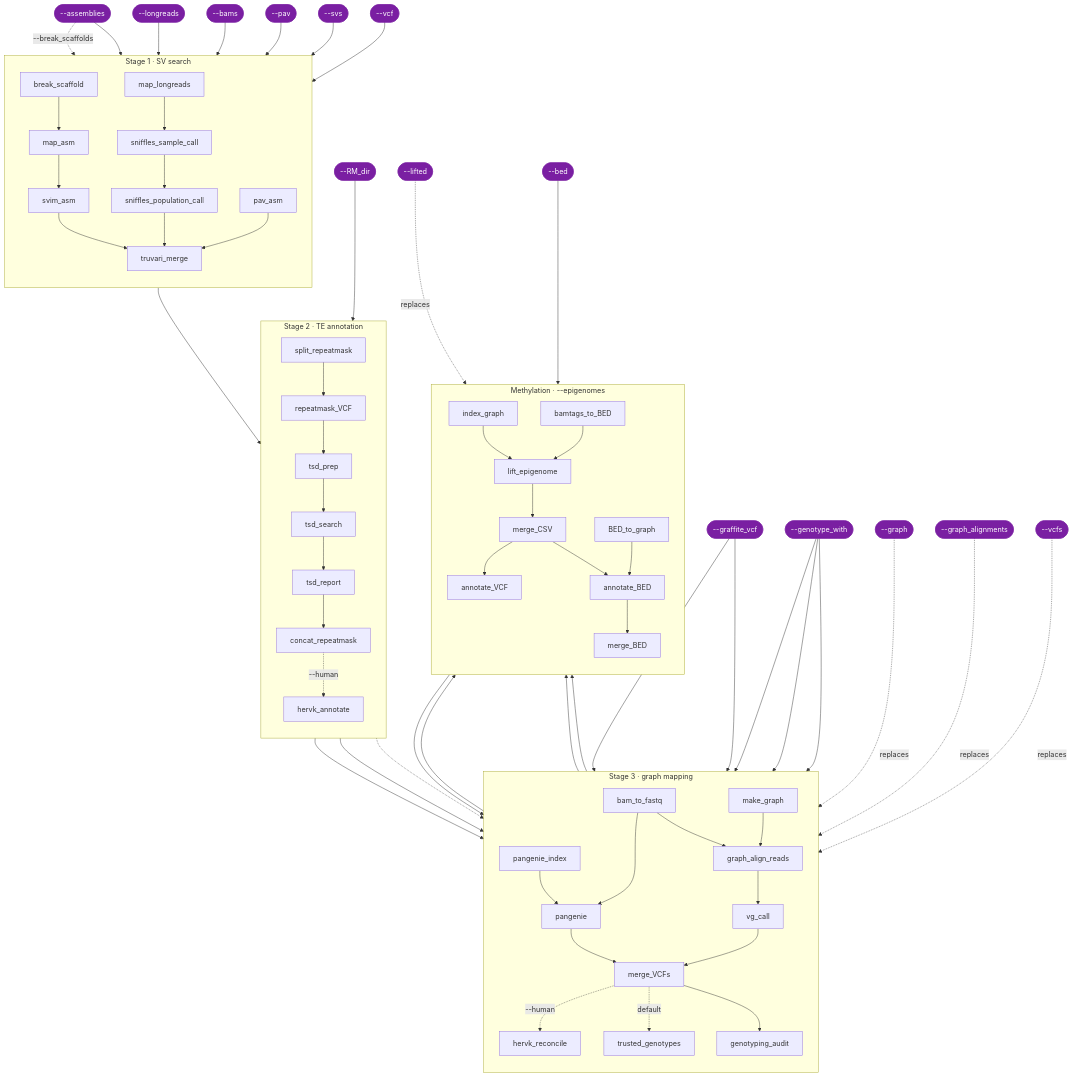
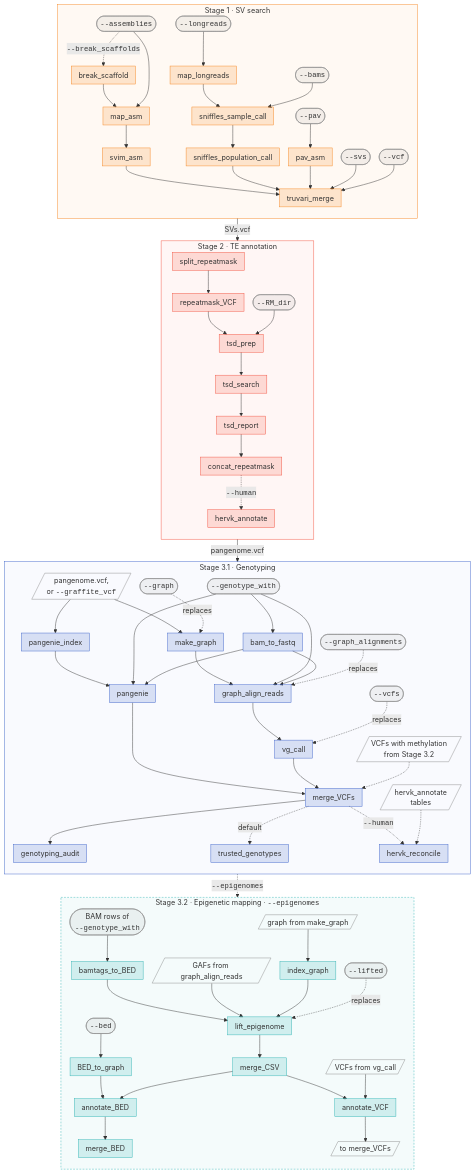
One commit to cgroza/GraffiTE changed the diagram in docs/reference/processes.md. Above: the diagram before and after it, drawn with Mermaid. The commit also changed other lines of this file and 6 other files, not shown here.

````diff
--- a/docs/reference/processes.md
+++ b/docs/reference/processes.md
@@ -26,36 +26,48 @@
 ```mermaid
-flowchart TD
+%%{init: {"flowchart": {"nodeSpacing": 20, "rankSpacing": 26, "padding": 8}}}%%
+flowchart TB
     subgraph SA["Stage 1 · SV search"]
         direction TB
-        bs["break_scaffold"] --> ma["map_asm"] --> sv["svim_asm"]
-        ml["map_longreads"] --> ssc["sniffles_sample_call"] --> spc["sniffles_population_call"]
+        asmIn(["<code>--assemblies</code>"])
+        lrIn(["<code>--longreads</code>"])
+        bamIn(["<code>--bams</code>"])
+        pavIn(["<code>--pav</code>"])
+        svsIn(["<code>--svs</code>"])
+        vcfIn(["<code>--vcf</code>"])
+        bs["break_scaffold"]
+        ma["map_asm"]
+        sv["svim_asm"]
+        ml["map_longreads"]
+        ssc["sniffles_sample_call"]
+        spc["sniffles_population_call"]
         pav["pav_asm"]
         tm["truvari_merge"]
-        sv --> tm
-        spc --> tm
-        pav --> tm
+        asmIn -.->|"<code>--break_scaffolds</code>"| bs --> ma
+        asmIn --> ma --> sv --> tm
+        lrIn --> ml --> ssc --> spc --> tm
+        bamIn --> ssc
+        pavIn --> pav --> tm
+        svsIn --> tm
+        vcfIn --> tm
     end
-
-    asmIn(["--assemblies"]) -.->|"--break_scaffolds"| bs
-    asmIn --> ma
-    lrIn(["--longreads"]) --> ml
-    bamIn(["--bams"]) --> ssc
-    pavIn(["--pav"]) --> pav
-    svsIn(["--svs"]) --> tm
-    vcfIn(["--vcf"]) --> tm
 
     subgraph SB["Stage 2 · TE annotation"]
         direction TB
-        spl["split_repeatmask"] --> rm["repeatmask_VCF"]
-        rm --> tp["tsd_prep"] --> ts["tsd_search"] --> tr["tsd_report"] --> cr["concat_repeatmask"]
-        cr -.->|"--human"| ha["hervk_annotate"]
+        rmdIn(["<code>--RM_dir</code>"])
+        spl["split_repeatmask"] --> rm["repeatmask_VCF"] --> tp["tsd_prep"] --> ts["tsd_search"] --> tr["tsd_report"] --> cr["concat_repeatmask"]
+        rmdIn --> tp
+        cr -.->|"<code>--human</code>"| ha["hervk_annotate"]
     end
 
-    tm --> spl
-    rmdIn(["--RM_dir"]) --> tp
-
-    subgraph SC["Stage 3 · graph mapping"]
+    subgraph SC["Stage 3.1 · Genotyping"]
         direction TB
+        pvIn[/"pangenome.vcf,<br/>or <code>--graffite_vcf</code>"/]
+        readsIn(["<code>--genotype_with</code>"])
+        graphIn(["<code>--graph</code>"])
+        galnIn(["<code>--graph_alignments</code>"])
+        vcfsIn(["<code>--vcfs</code>"])
+        hkIn[/"hervk_annotate<br/>tables"/]
+        epiIn[/"VCFs with methylation<br/>from Stage 3.2"/]
         b2f["bam_to_fastq"]
         pi["pangenie_index"] --> pg["pangenie"]
         mg["make_graph"] --> gar["graph_align_reads"] --> vc["vg_call"]
@@ -63,39 +75,61 @@
         vc --> mv
         mv --> ga["genotyping_audit"]
         mv -.->|"default"| tg["trusted_genotypes"]
-        mv -.->|"--human"| hr["hervk_reconcile"]
+        mv -.->|"<code>--human</code>"| hr["hervk_reconcile"]
+        pvIn --> pi
+        pvIn --> mg
+        readsIn --> b2f
+        readsIn --> pg
+        readsIn --> gar
+        b2f --> gar
+        b2f --> pg
+        graphIn -.->|"replaces"| mg
+        galnIn -.->|"replaces"| gar
+        vcfsIn -.->|"replaces"| vc
+        hkIn -.-> hr
+        epiIn -.-> mv
     end
 
-    cr --> pi
-    cr --> mg
-    ha -.-> hr
-    gvcfIn(["--graffite_vcf"]) --> pi
-    gvcfIn --> mg
-    readsIn(["--genotype_with"]) --> b2f
-    readsIn --> pg
-    readsIn --> gar
-    b2f --> gar
-    b2f --> pg
-    graphIn(["--graph"]) -.->|"replaces"| mg
-    galnIn(["--graph_alignments"]) -.->|"replaces"| gar
-    vcfsIn(["--vcfs"]) -.->|"replaces"| vc
-
-    subgraph SM["Methylation · --epigenomes"]
+    subgraph SM["Stage 3.2 · Epigenetic mapping · <code>--epigenomes</code>"]
         direction TB
+        gIn[/"graph from make_graph"/]
+        aIn[/"GAFs from graph_align_reads"/]
+        bIn(["BAM rows of<br/><code>--genotype_with</code>"])
+        vIn[/"VCFs from vg_call"/]
+        liftIn(["<code>--lifted</code>"])
+        bedIn(["<code>--bed</code>"])
         ig["index_graph"]
         b2b["bamtags_to_BED"] --> le["lift_epigenome"] --> mc["merge_CSV"] --> av["annotate_VCF"]
         b2g["BED_to_graph"] --> ab["annotate_BED"] --> mb["merge_BED"]
+        gIn --> ig
+        aIn --> le
+        bIn --> b2b
+        vIn --> av
+        ig --> le
+        mc --> ab
+        liftIn -.->|"replaces"| le
+        bedIn --> b2g
+        av --> mvOut[/"to merge_VCFs"/]
     end
 
-    mg --> ig
-    ig --> le
-    gar --> le
-    vc --> av
-    av --> mv
-    mc --> ab
-    liftIn(["--lifted"]) -.->|"replaces"| le
-    bedIn(["--bed"]) --> b2g
+    SA -->|"SVs.vcf"| SB
+    SB -->|"pangenome.vcf"| SC
+    SC -.->|"<code>--epigenomes</code>"| SM
 
-    classDef inp fill:#7a1fa2,stroke:#7a1fa2,color:#fff;
-    class asmIn,lrIn,bamIn,pavIn,svsIn,vcfIn,rmdIn,gvcfIn,readsIn,graphIn,galnIn,vcfsIn,liftIn,bedIn inp;
+    classDef inp fill:#8888881a,stroke:#888888;
+    classDef file fill:none,stroke:#888888;
+    class asmIn,lrIn,bamIn,pavIn,svsIn,vcfIn,rmdIn,readsIn,graphIn,galnIn,vcfsIn,liftIn,bedIn,bIn inp;
+    class pvIn,hkIn,epiIn,gIn,aIn,vIn,mvOut file;
+    classDef s1 fill:#f5851f2e,stroke:#f5851f;
+    classDef s2 fill:#f2523f2e,stroke:#f2523f;
+    classDef s3 fill:#3d63c92e,stroke:#3d63c9;
+    classDef s32 fill:#2fb3b32e,stroke:#2fb3b3;
+    class bs,ma,sv,ml,ssc,spc,pav,tm s1;
+    class spl,rm,tp,ts,tr,cr,ha s2;
+    class b2f,pi,pg,mg,gar,vc,mv,ga,tg,hr s3;
+    class ig,b2b,le,mc,av,b2g,ab,mb s32;
+    style SA fill:#f5851f0d,stroke:#f5851f;
+    style SB fill:#f2523f0d,stroke:#f2523f;
+    style SC fill:#3d63c908,stroke:#3d63c9;
+    style SM fill:#2fb3b30d,stroke:#2fb3b3,stroke-dasharray:4 3;
 ```
````
